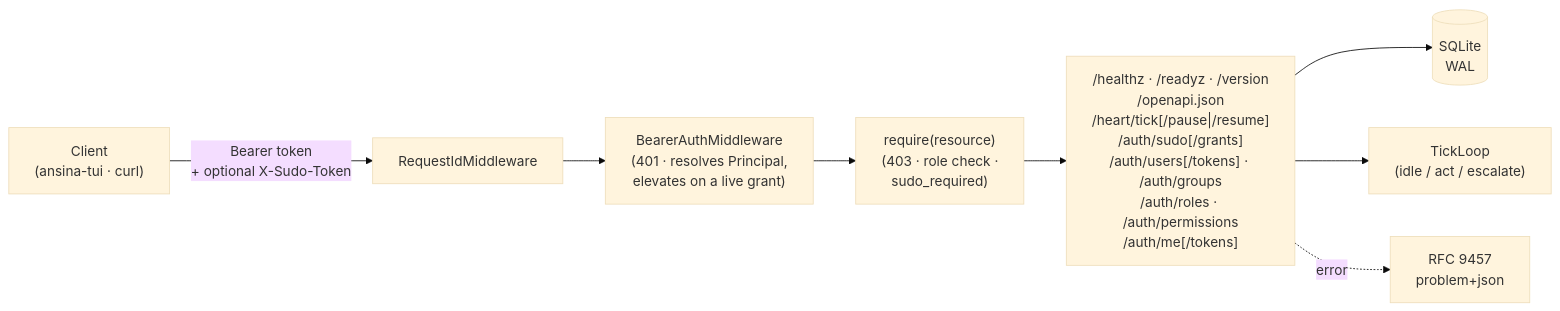
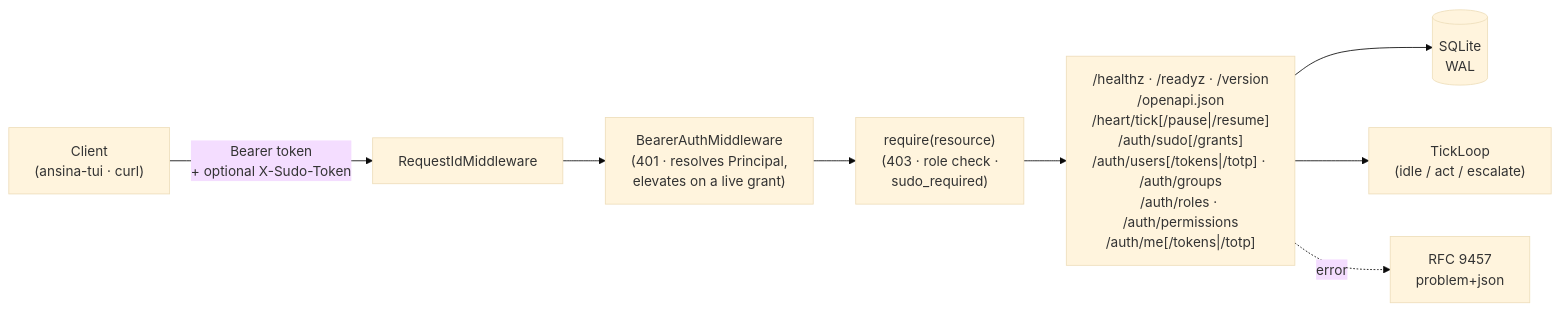
The first of 2 diagrams in README.md (giacchetta/ansina), drawn with Mermaid (base theme) before and after one commit. The commit also changed other lines of this file and 30 other files, not shown here.

Commit message:
feat: TOTP second factor for sudo (step-up only)

````diff
--- a/README.md
+++ b/README.md
@@ -9,10 +9,10 @@
 ```mermaid
 flowchart LR
     Client["Client<br/>(ansina-tui · curl)"] -->|Bearer token<br/>+ optional X-Sudo-Token| MW["RequestIdMiddleware"]
     MW --> Auth["BearerAuthMiddleware<br/>(401 · resolves Principal,<br/>elevates on a live grant)"]
     Auth --> Authz["require(resource)<br/>(403 · role check ·<br/>sudo_required)"]
-    Authz --> Routes["/healthz · /readyz · /version<br/>/openapi.json<br/>/heart/tick[/pause|/resume]<br/>/auth/sudo[/grants]<br/>/auth/users[/tokens] · /auth/groups<br/>/auth/roles · /auth/permissions<br/>/auth/me[/tokens]"]
+    Authz --> Routes["/healthz · /readyz · /version<br/>/openapi.json<br/>/heart/tick[/pause|/resume]<br/>/auth/sudo[/grants]<br/>/auth/users[/tokens|/totp] · /auth/groups<br/>/auth/roles · /auth/permissions<br/>/auth/me[/tokens|/totp]"]
     Routes --> DB[("SQLite<br/>WAL")]
     Routes --> Tick["TickLoop<br/>(idle / act / escalate)"]
     Routes -.error.-> Problem["RFC 9457<br/>problem+json"]
 ```
````
